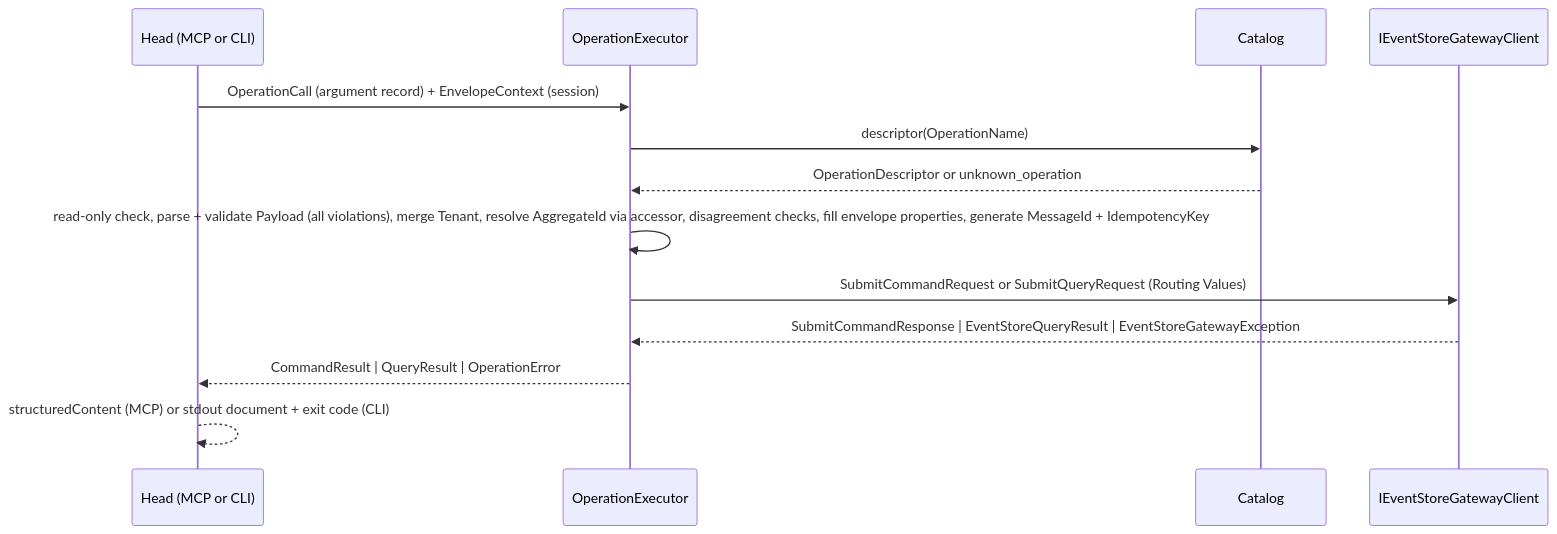
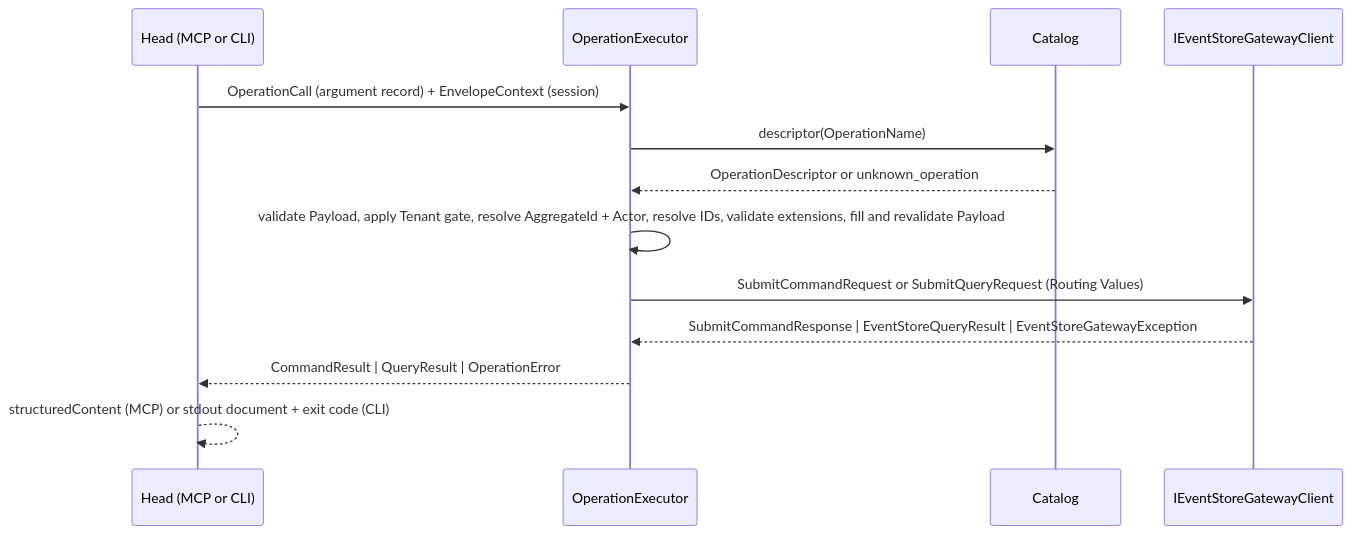
Before and after one commit to Hexalith/Hexalith.McpCli: the third of 3 diagrams in _bmad-output/planning-artifacts/architecture/architecture-mcpcli-2026-09-22/ARCHITECTURE-SPINE.md, drawn with Mermaid. The commit also changed other lines of this file and 6 other files, not shown here.

First line of the commit message:
Add architecture review updates for MCP CLI 2026-09-22

````diff
--- a/_bmad-output/planning-artifacts/architecture/architecture-mcpcli-2026-09-22/ARCHITECTURE-SPINE.md
+++ b/_bmad-output/planning-artifacts/architecture/architecture-mcpcli-2026-09-22/ARCHITECTURE-SPINE.md
@@ -270,15 +266,15 @@
 ```mermaid
 sequenceDiagram
   participant H as Head (MCP or CLI)
   participant X as OperationExecutor
   participant C as Catalog
   participant G as IEventStoreGatewayClient
   H->>X: OperationCall (argument record) + EnvelopeContext (session)
   X->>C: descriptor(OperationName)
   C-->>X: OperationDescriptor or unknown_operation
-  X->>X: read-only check, parse + validate Payload (all violations), merge Tenant, resolve AggregateId via accessor, disagreement checks, fill envelope properties, generate MessageId + IdempotencyKey
+  X->>X: validate Payload, apply Tenant gate, resolve AggregateId + Actor, resolve IDs, validate extensions, fill and revalidate Payload
   X->>G: SubmitCommandRequest or SubmitQueryRequest (Routing Values)
   G-->>X: SubmitCommandResponse | EventStoreQueryResult | EventStoreGatewayException
   X-->>H: CommandResult | QueryResult | OperationError
   H-->>H: structuredContent (MCP) or stdout document + exit code (CLI)
 ```
````
